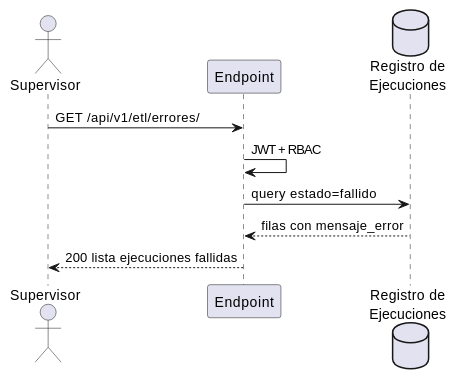
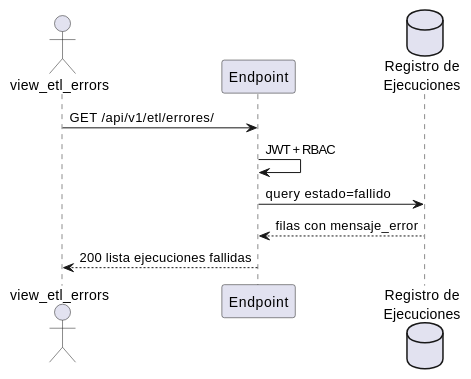
One commit to jcg-admin/IACT-docs changed the fourth of 4 diagrams in source/requisitos/casos-uso/pipeline/uc-pip-02/diagramas-uml.rst. Above: the diagram before and after it, drawn with PlantUML. The commit also changed other lines of this file and 77 other files, not shown here.

First line of the commit message:
Enforce RBAC function names as actors in all UML diagrams

```diff
--- a/source/requisitos/casos-uso/pipeline/uc-pip-02/diagramas-uml.rst
+++ b/source/requisitos/casos-uso/pipeline/uc-pip-02/diagramas-uml.rst
@@ -54,12 +54,12 @@
 .. uml::
 
  @startuml
- actor "Supervisor" as U
+ actor "view_etl_errors" as U
  participant "Endpoint" as E
  database "Registro de\nEjecuciones" as R
  U -> E: GET /api/v1/etl/errores/
  E -> E: JWT + RBAC
  E -> R: query estado=fallido
  R --> E: filas con mensaje_error
  E --> U: 200 lista ejecuciones fallidas
  @enduml
```
